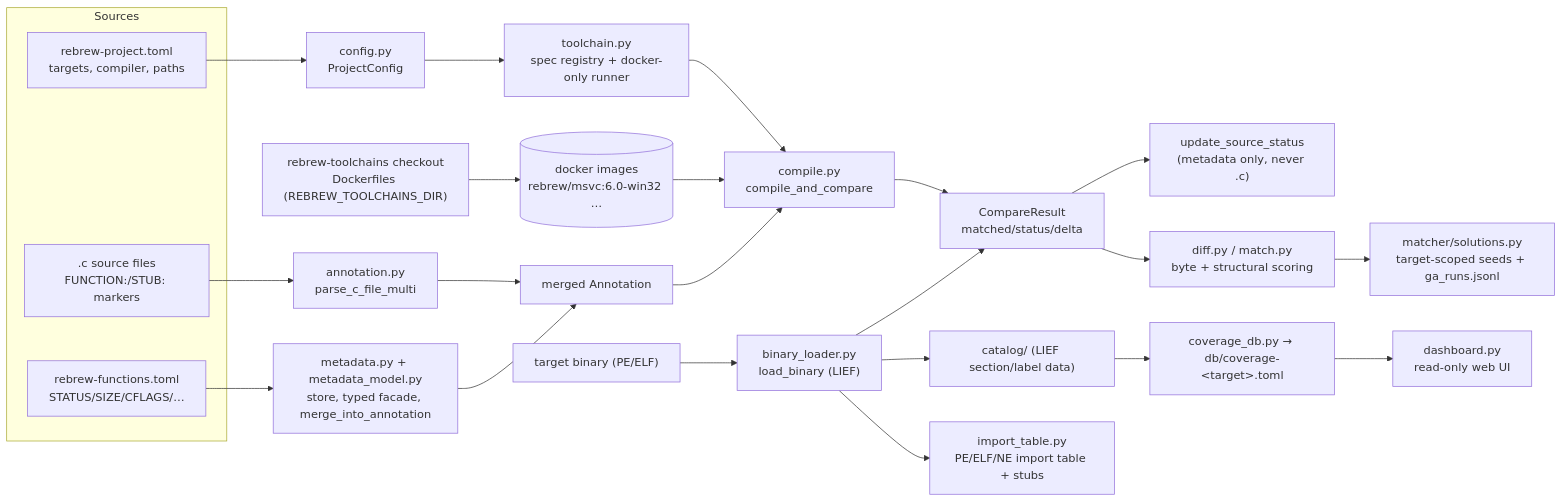
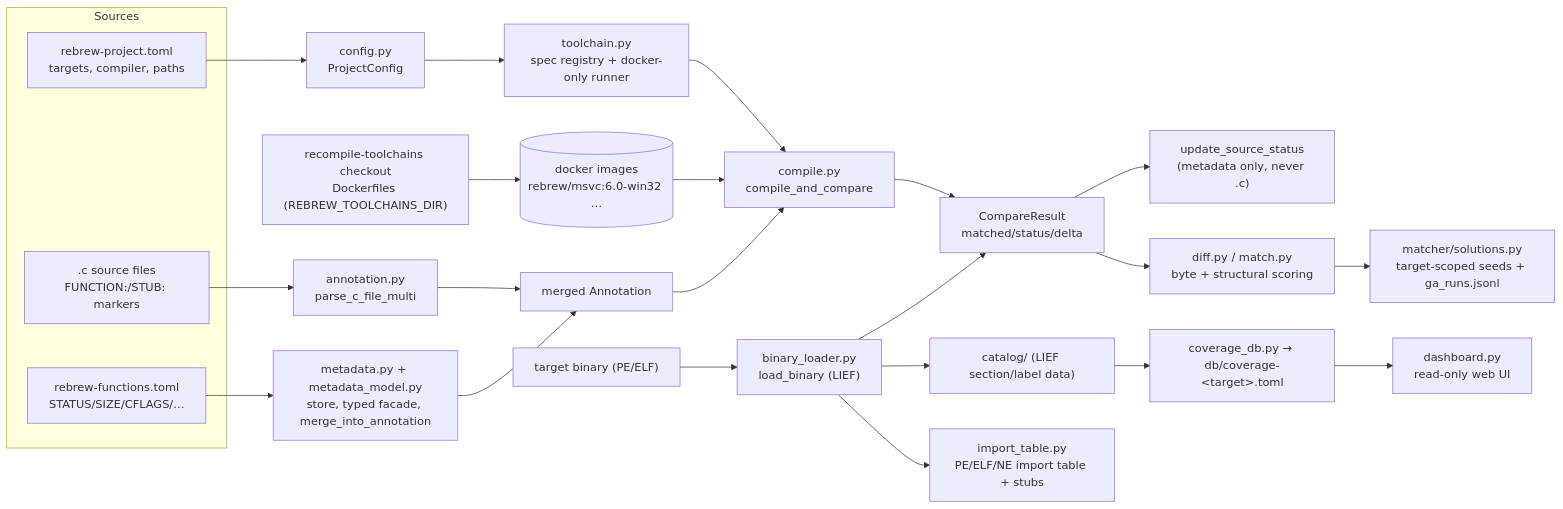
One commit to maci0/rebrew changed the diagram in docs/ARCHITECTURE.md. Above: the diagram before and after it, drawn with Mermaid. The commit also changed other lines of this file and 10 other files, not shown here.

````diff
--- a/docs/ARCHITECTURE.md
+++ b/docs/ARCHITECTURE.md
@@ -30,35 +30,35 @@
 ```mermaid
 flowchart LR
     subgraph Sources
         C[".c source files<br/>FUNCTION:/STUB: markers"]
         TOML["rebrew-project.toml<br/>targets, compiler, paths"]
         META["rebrew-functions.toml<br/>STATUS/SIZE/CFLAGS/…"]
     end
 
     C --> ANNOT["annotation.py<br/>parse_c_file_multi"]
     META --> FACADE["metadata.py + metadata_model.py<br/>store, typed facade, merge_into_annotation"]
     TOML --> CFG["config.py<br/>ProjectConfig"]
 
     ANNOT --> MERGED["merged Annotation"]
     FACADE --> MERGED
 
     CFG --> TOOLCHAIN["toolchain.py<br/>spec registry + docker-only runner"]
-    RT["rebrew-toolchains checkout<br/>Dockerfiles (REBREW_TOOLCHAINS_DIR)"] --> IMG[("docker images<br/>rebrew/msvc:6.0-win32 …")]
+    RT["recompile-toolchains checkout<br/>Dockerfiles (REBREW_TOOLCHAINS_DIR)"] --> IMG[("docker images<br/>rebrew/msvc:6.0-win32 …")]
     TOOLCHAIN --> COMPILE["compile.py<br/>compile_and_compare"]
     IMG --> COMPILE
 
     BIN["target binary (PE/ELF)"] --> LOAD["binary_loader.py<br/>load_binary (LIEF)"]
     MERGED --> COMPILE
     COMPILE --> CMP["CompareResult<br/>matched/status/delta"]
     LOAD --> CMP
 
     CMP --> STATUS["update_source_status<br/>(metadata only, never .c)"]
     CMP --> DIFF["diff.py / match.py<br/>byte + structural scoring"]
 
     LOAD --> CATALOG["catalog/ (LIEF section/label data)"]
     CATALOG --> DB["coverage_db.py → db/coverage-&lt;target&gt;.toml"]
     DB --> DASH["dashboard.py<br/>read-only web UI"]
 
     LOAD --> IMPORTS["import_table.py<br/>PE/ELF/NE import table + stubs"]
     DIFF --> SOL["matcher/solutions.py<br/>target-scoped seeds + ga_runs.jsonl"]
 ```
````
